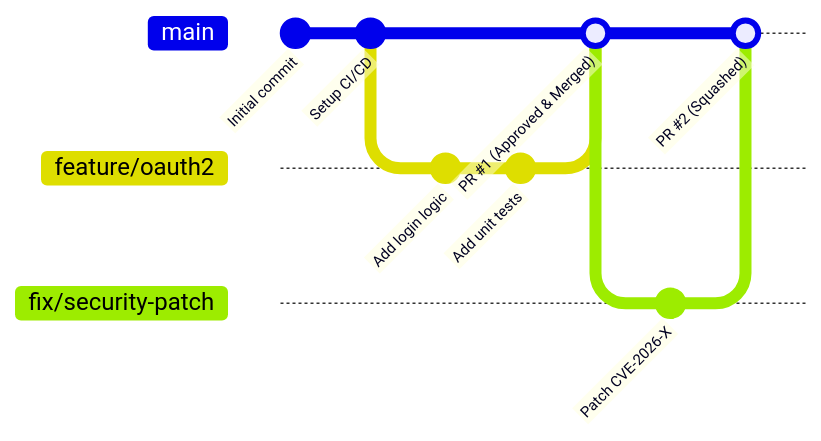
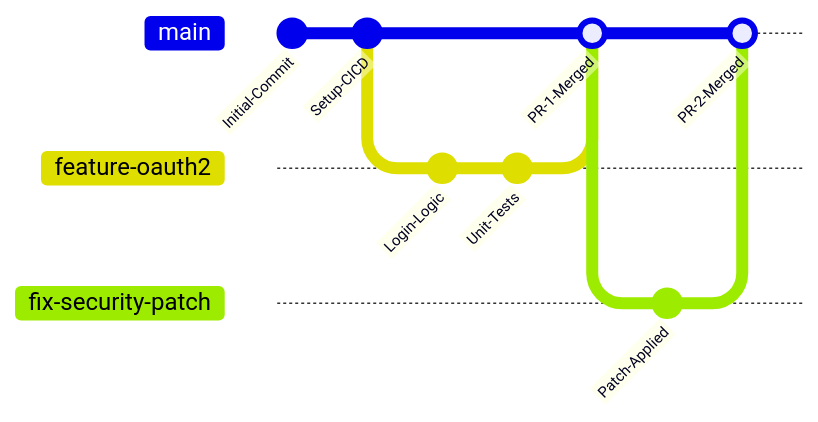
The third of 3 diagrams in Blog/How_to_Use_GitHub_Securely_Complete_Guide.md (sivaoffl04/Cyber-Blog), drawn with Mermaid before and after one commit. The commit also changed other lines of this file and 1 other file, not shown here.

Commit message:
Fix Mermaid diagram formatting and edge label syntax for GitHub native rendering

````diff
--- a/Blog/How_to_Use_GitHub_Securely_Complete_Guide.md
+++ b/Blog/How_to_Use_GitHub_Securely_Complete_Guide.md
@@ -350,16 +354,16 @@
 ```mermaid
 gitGraph
-    commit id: "Initial commit"
-    commit id: "Setup CI/CD"
-    branch feature/oauth2
-    checkout feature/oauth2
-    commit id: "Add login logic"
-    commit id: "Add unit tests"
+    commit id: "Initial-Commit"
+    commit id: "Setup-CICD"
+    branch feature-oauth2
+    checkout feature-oauth2
+    commit id: "Login-Logic"
+    commit id: "Unit-Tests"
     checkout main
-    merge feature/oauth2 id: "PR #1 (Approved & Merged)"
-    branch fix/security-patch
-    checkout fix/security-patch
-    commit id: "Patch CVE-2026-X"
+    merge feature-oauth2 id: "PR-1-Merged"
+    branch fix-security-patch
+    checkout fix-security-patch
+    commit id: "Patch-Applied"
     checkout main
-    merge fix/security-patch id: "PR #2 (Squashed)"
+    merge fix-security-patch id: "PR-2-Merged"
 ```
````
